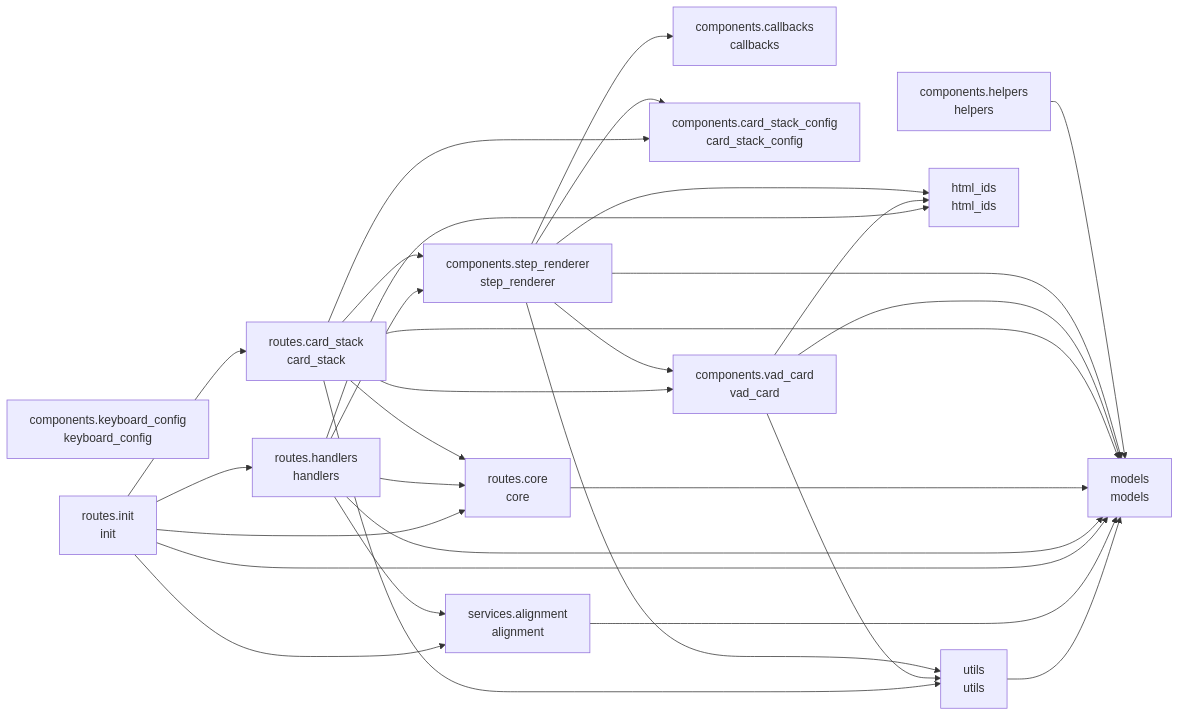
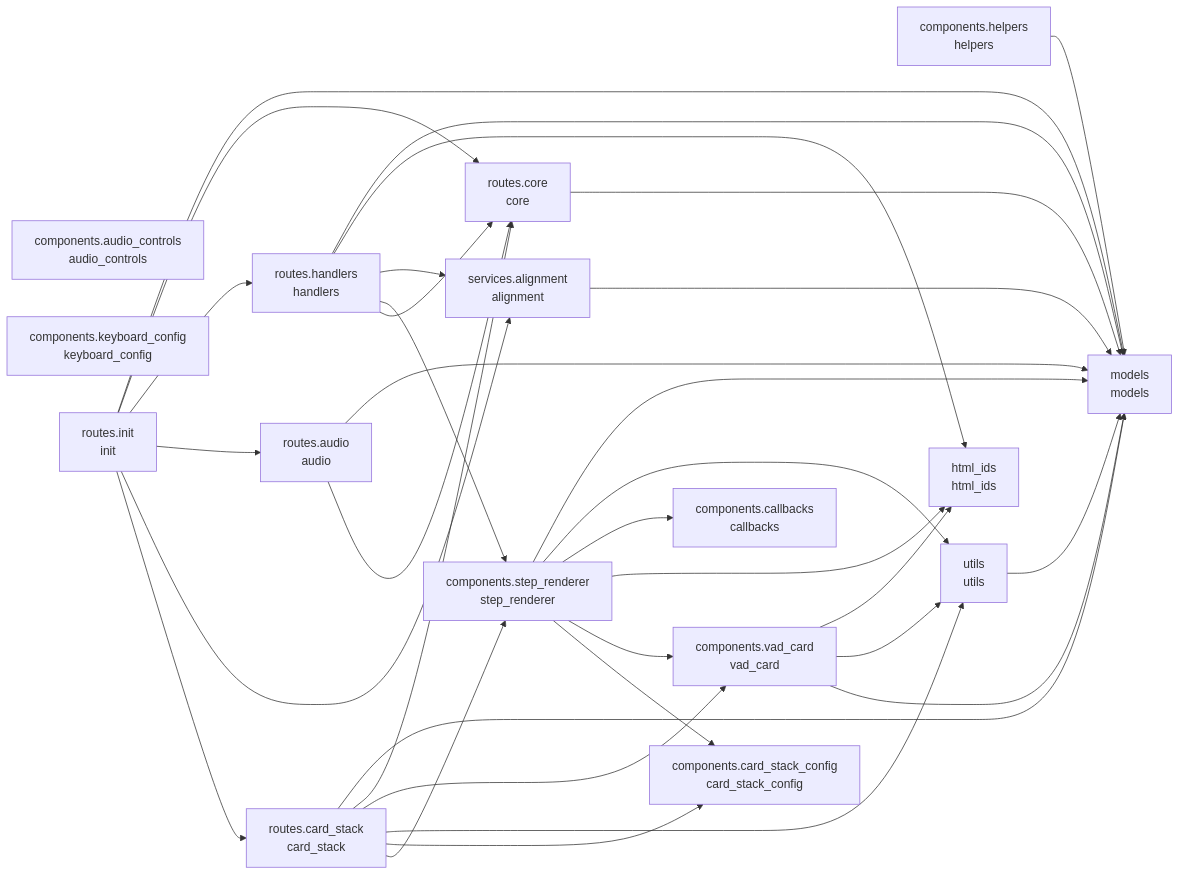
One commit to cj-mills/cjm-transcript-vad-align changed the diagram in README.md. Above: the diagram before and after it, drawn with Mermaid. The commit also changed other lines of this file and 15 other files, not shown here.

Commit message:
Add auto-navigate audio playback with toggle, replay support, and persistent state for VAD chunk audition.

````diff
--- a/README.md
+++ b/README.md
@@ -37,47 +39,52 @@
 ``` mermaid
 graph LR
+    components_audio_controls[components.audio_controls<br/>audio_controls]
     components_callbacks[components.callbacks<br/>callbacks]
     components_card_stack_config[components.card_stack_config<br/>card_stack_config]
     components_helpers[components.helpers<br/>helpers]
     components_keyboard_config[components.keyboard_config<br/>keyboard_config]
     components_step_renderer[components.step_renderer<br/>step_renderer]
     components_vad_card[components.vad_card<br/>vad_card]
     html_ids[html_ids<br/>html_ids]
     models[models<br/>models]
+    routes_audio[routes.audio<br/>audio]
     routes_card_stack[routes.card_stack<br/>card_stack]
     routes_core[routes.core<br/>core]
     routes_handlers[routes.handlers<br/>handlers]
     routes_init[routes.init<br/>init]
     services_alignment[services.alignment<br/>alignment]
     utils[utils<br/>utils]
 
     components_helpers --> models
-    components_step_renderer --> components_card_stack_config
+    components_step_renderer --> models
+    components_step_renderer --> utils
     components_step_renderer --> components_callbacks
     components_step_renderer --> html_ids
     components_step_renderer --> components_vad_card
-    components_step_renderer --> models
-    components_step_renderer --> utils
+    components_step_renderer --> components_card_stack_config
     components_vad_card --> html_ids
+    components_vad_card --> utils
     components_vad_card --> models
-    components_vad_card --> utils
-    routes_card_stack --> components_card_stack_config
+    routes_audio --> models
+    routes_audio --> routes_core
+    routes_card_stack --> models
     routes_card_stack --> routes_core
     routes_card_stack --> components_vad_card
     routes_card_stack --> utils
-    routes_card_stack --> models
+    routes_card_stack --> components_card_stack_config
     routes_card_stack --> components_step_renderer
     routes_core --> models
+    routes_handlers --> models
+    routes_handlers --> html_ids
+    routes_handlers --> services_alignment
+    routes_handlers --> components_step_renderer
     routes_handlers --> routes_core
-    routes_handlers --> components_step_renderer
-    routes_handlers --> html_ids
-    routes_handlers --> models
-    routes_handlers --> services_alignment
+    routes_init --> models
+    routes_init --> routes_core
     routes_init --> routes_handlers
-    routes_init --> models
+    routes_init --> routes_audio
+    routes_init --> services_alignment
     routes_init --> routes_card_stack
-    routes_init --> routes_core
-    routes_init --> services_alignment
     services_alignment --> models
     utils --> models
 ```
````
